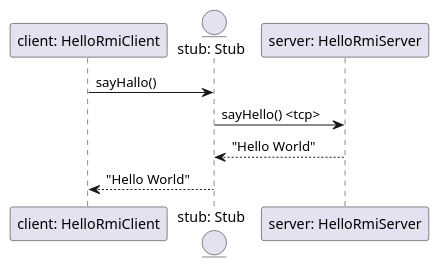
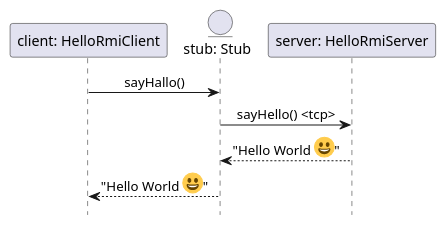
One commit to bartvanderwal/java-rmi changed the diagram in plaatjes/rmi.puml. Above: the diagram before and after it, drawn with PlantUML. The commit also changed 16 other files, not shown here.

```diff
--- a/plaatjes/rmi.puml
+++ b/plaatjes/rmi.puml
@@ -1,12 +1,15 @@
 @startuml sequence
+skinparam sequenceMessageAlign center
+hide footbox
+
 participant HelloRmiClient as "client: HelloRmiClient" order 1
 entity stub as "stub: Stub" order 2
 participant HelloRmiServer as "server: HelloRmiServer" order 3
 
 
 HelloRmiClient -> stub: sayHallo()
 stub -> HelloRmiServer: sayHello() <tcp>
 
-HelloRmiServer --> stub: "Hello World"
-stub --> HelloRmiClient :"Hello World"
+HelloRmiServer --> stub: "Hello World <:1f600:>"
+stub --> HelloRmiClient :"Hello World <:1f600:>"
 @enduml
```
